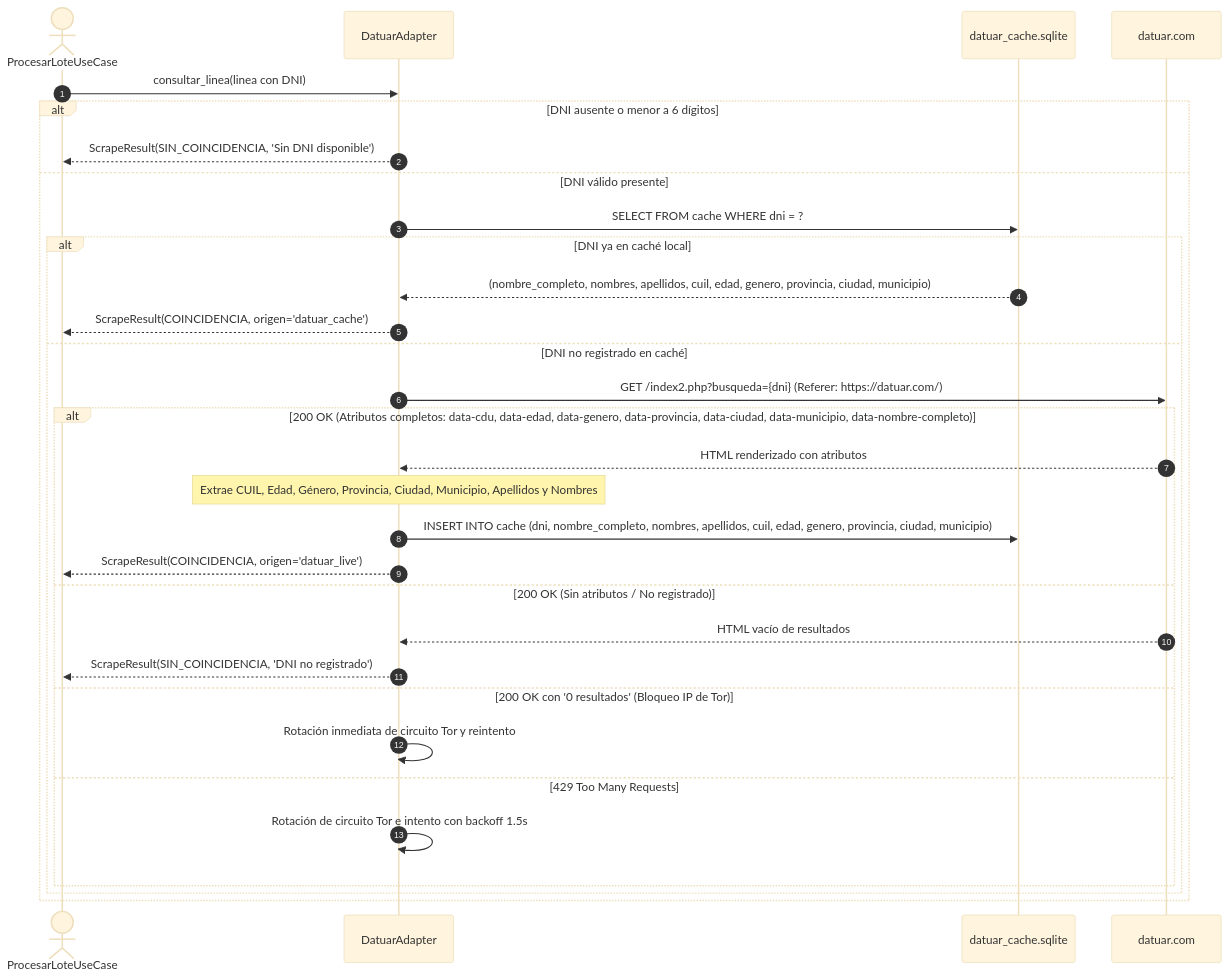
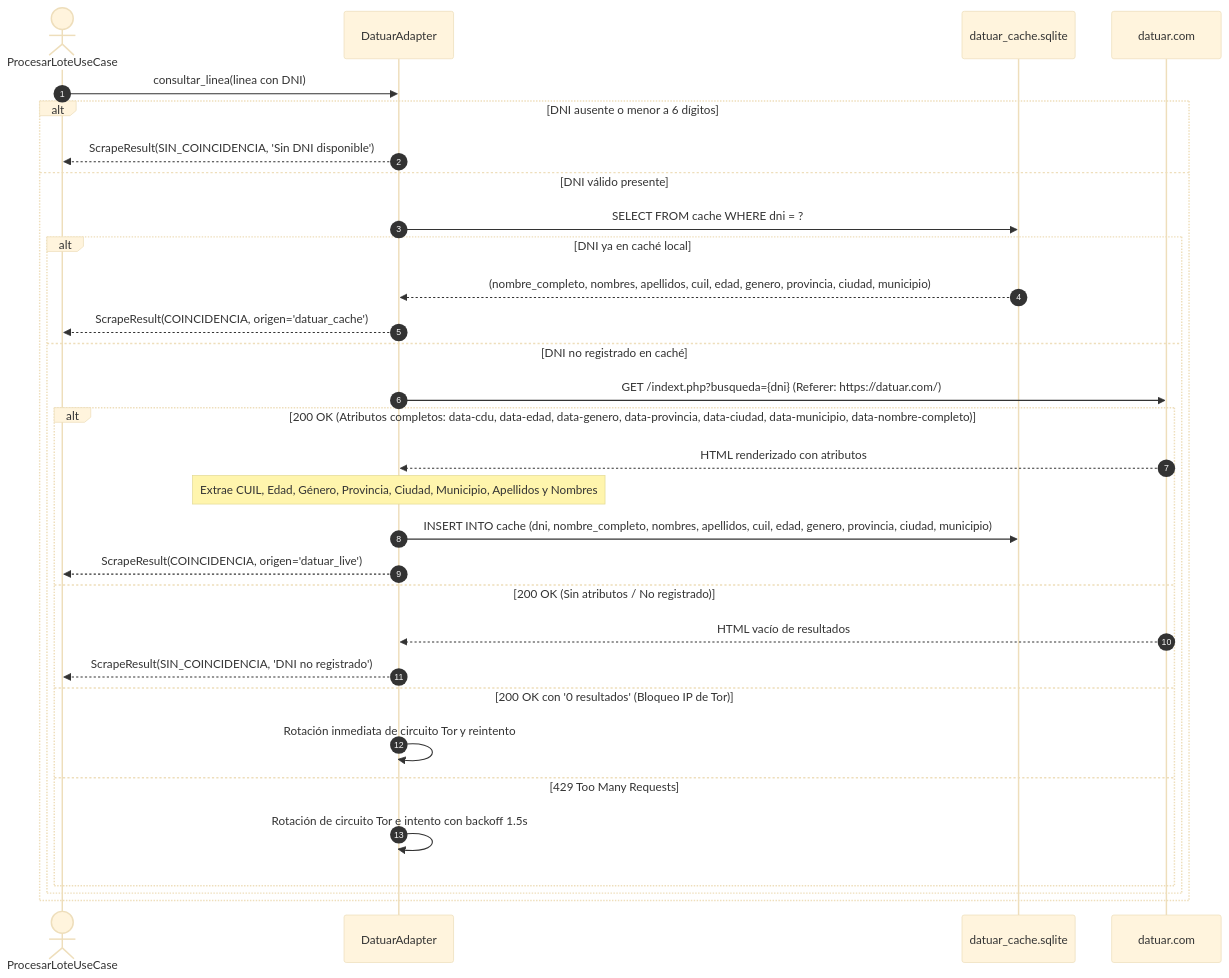
Before and after one commit to CofradiaGS/scrapers-reg-no-llame: the second of 2 diagrams in docs/05_guia_nuevos_scrapers/guia_creacion_datuar.md, drawn with Mermaid (base theme). The commit also changed other lines of this file and 28 other files, not shown here.

````diff
--- a/docs/05_guia_nuevos_scrapers/guia_creacion_datuar.md
+++ b/docs/05_guia_nuevos_scrapers/guia_creacion_datuar.md
@@ -60,34 +60,34 @@
 ```mermaid
 sequenceDiagram
     autonumber
     actor CasoUso as ProcesarLoteUseCase
     participant Adapter as DatuarAdapter
     participant Cache as datuar_cache.sqlite
     participant API as datuar.com
 
     CasoUso->>Adapter: consultar_linea(linea con DNI)
     alt DNI ausente o menor a 6 dígitos
         Adapter-->>CasoUso: ScrapeResult(SIN_COINCIDENCIA, 'Sin DNI disponible')
     else DNI válido presente
         Adapter->>Cache: SELECT FROM cache WHERE dni = ?
         alt DNI ya en caché local
             Cache-->>Adapter: (nombre_completo, nombres, apellidos, cuil, edad, genero, provincia, ciudad, municipio)
             Adapter-->>CasoUso: ScrapeResult(COINCIDENCIA, origen='datuar_cache')
         else DNI no registrado en caché
-            Adapter->>API: GET /index2.php?busqueda={dni} (Referer: https://datuar.com/)
+            Adapter->>API: GET /indext.php?busqueda={dni} (Referer: https://datuar.com/)
             alt 200 OK (Atributos completos: data-cdu, data-edad, data-genero, data-provincia, data-ciudad, data-municipio, data-nombre-completo)
                 API-->>Adapter: HTML renderizado con atributos
                 Note over Adapter: Extrae CUIL, Edad, Género, Provincia, Ciudad, Municipio, Apellidos y Nombres
                 Adapter->>Cache: INSERT INTO cache (dni, nombre_completo, nombres, apellidos, cuil, edad, genero, provincia, ciudad, municipio)
                 Adapter-->>CasoUso: ScrapeResult(COINCIDENCIA, origen='datuar_live')
             else 200 OK (Sin atributos / No registrado)
                 API-->>Adapter: HTML vacío de resultados
                 Adapter-->>CasoUso: ScrapeResult(SIN_COINCIDENCIA, 'DNI no registrado')
             else 200 OK con '0 resultados' (Bloqueo IP de Tor)
                 Adapter->>Adapter: Rotación inmediata de circuito Tor y reintento
             else 429 Too Many Requests
                 Adapter->>Adapter: Rotación de circuito Tor e intento con backoff 1.5s
             end
         end
     end
 ```
````
